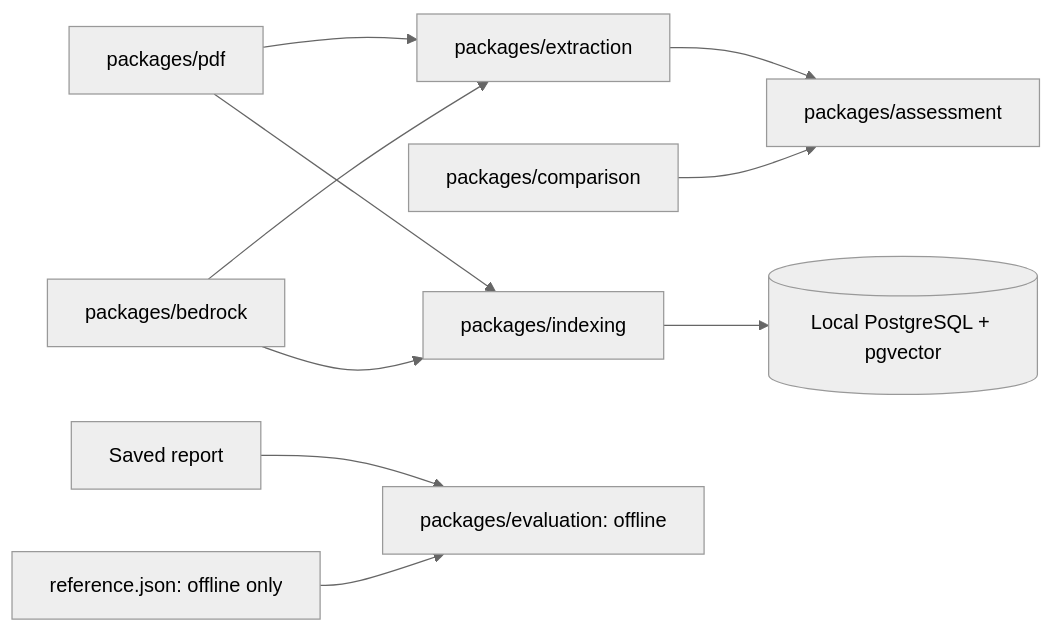
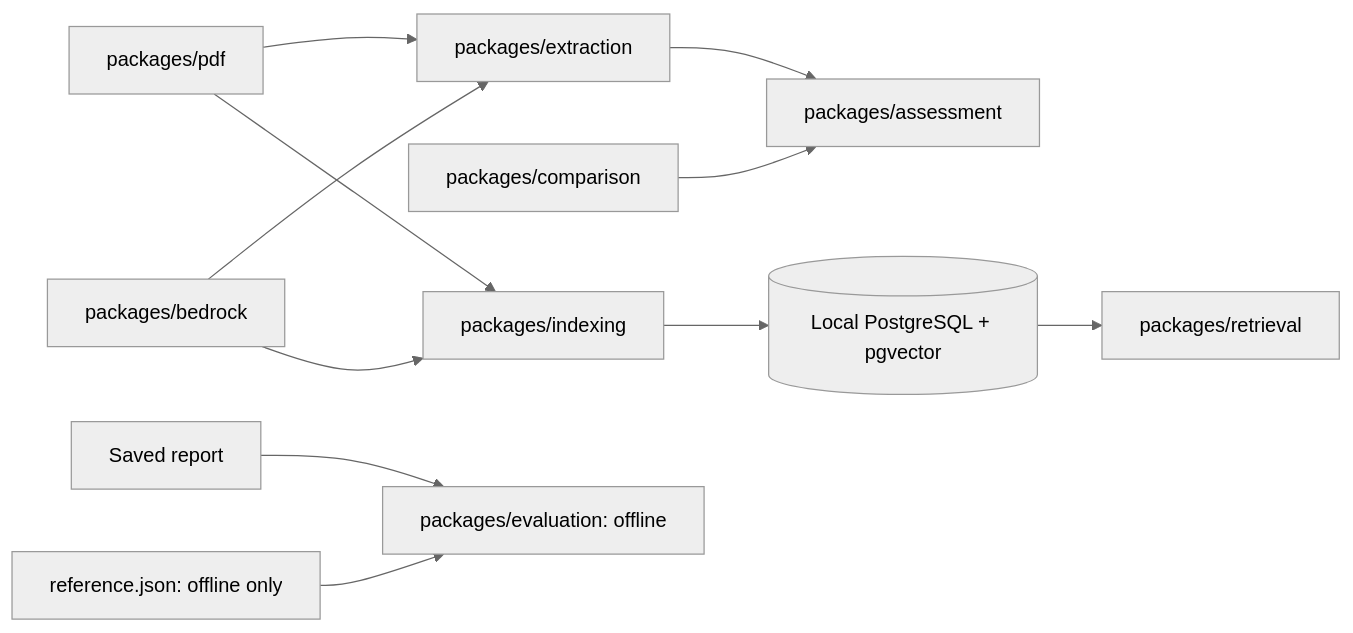
One commit to hujienan/tender-ai changed the first of 4 diagrams in docs/architecture.md. Above: the diagram before and after it, drawn with Mermaid (neutral theme). The commit also changed other lines of this file and 7 other files, not shown here.

````diff
--- a/docs/architecture.md
+++ b/docs/architecture.md
@@ -5,12 +5,13 @@
 ```mermaid
 flowchart LR
   PDF[packages/pdf] --> EXT[packages/extraction]
   BED[packages/bedrock] --> EXT
   EXT --> ASM[packages/assessment]
   CMP[packages/comparison] --> ASM
   PDF --> IDX[packages/indexing]
   BED --> IDX
   IDX --> PG[(Local PostgreSQL + pgvector)]
+  PG --> RET[packages/retrieval]
   REPORT[Saved report] --> EVAL[packages/evaluation: offline]
   REF[reference.json: offline only] --> EVAL
 ```
````
